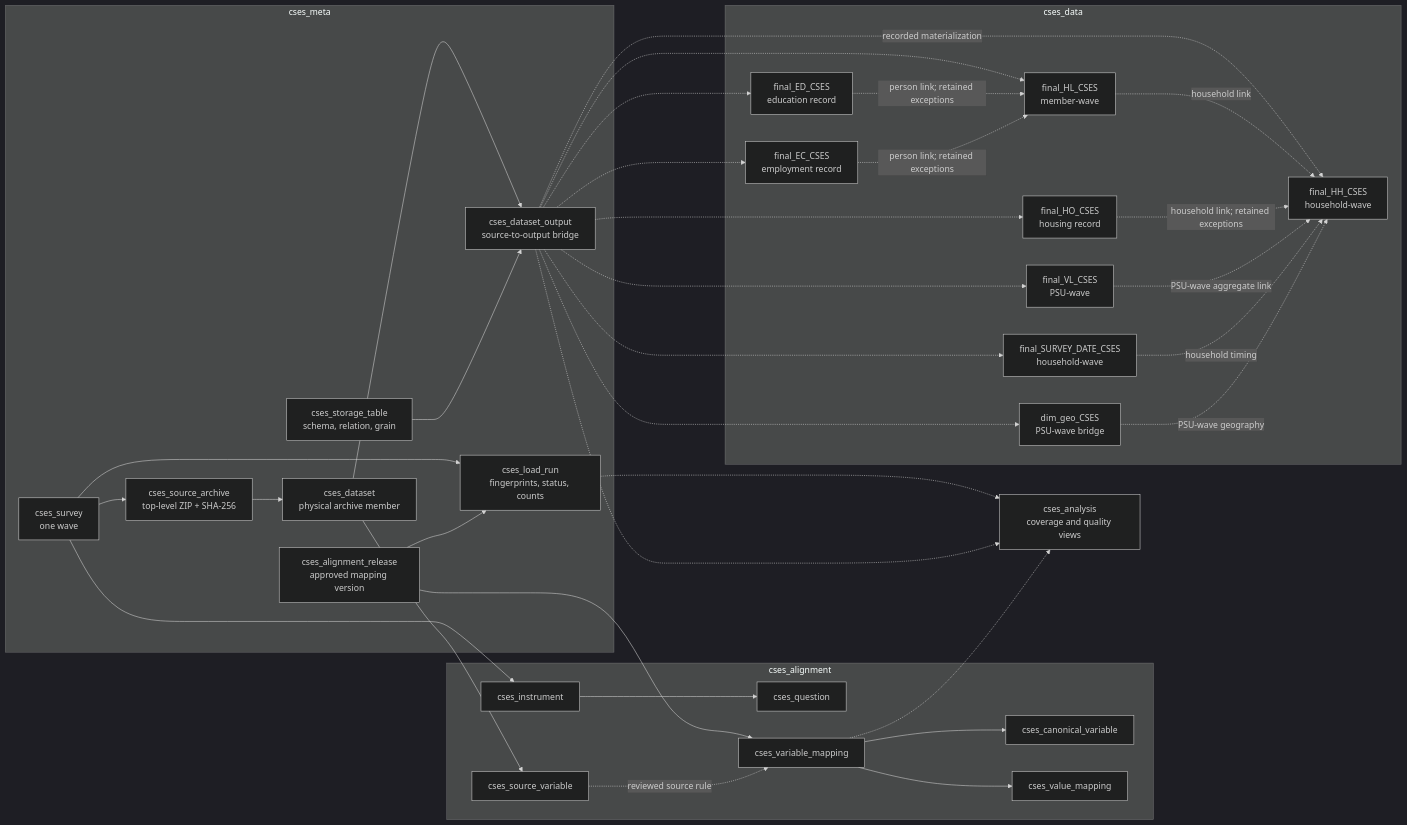
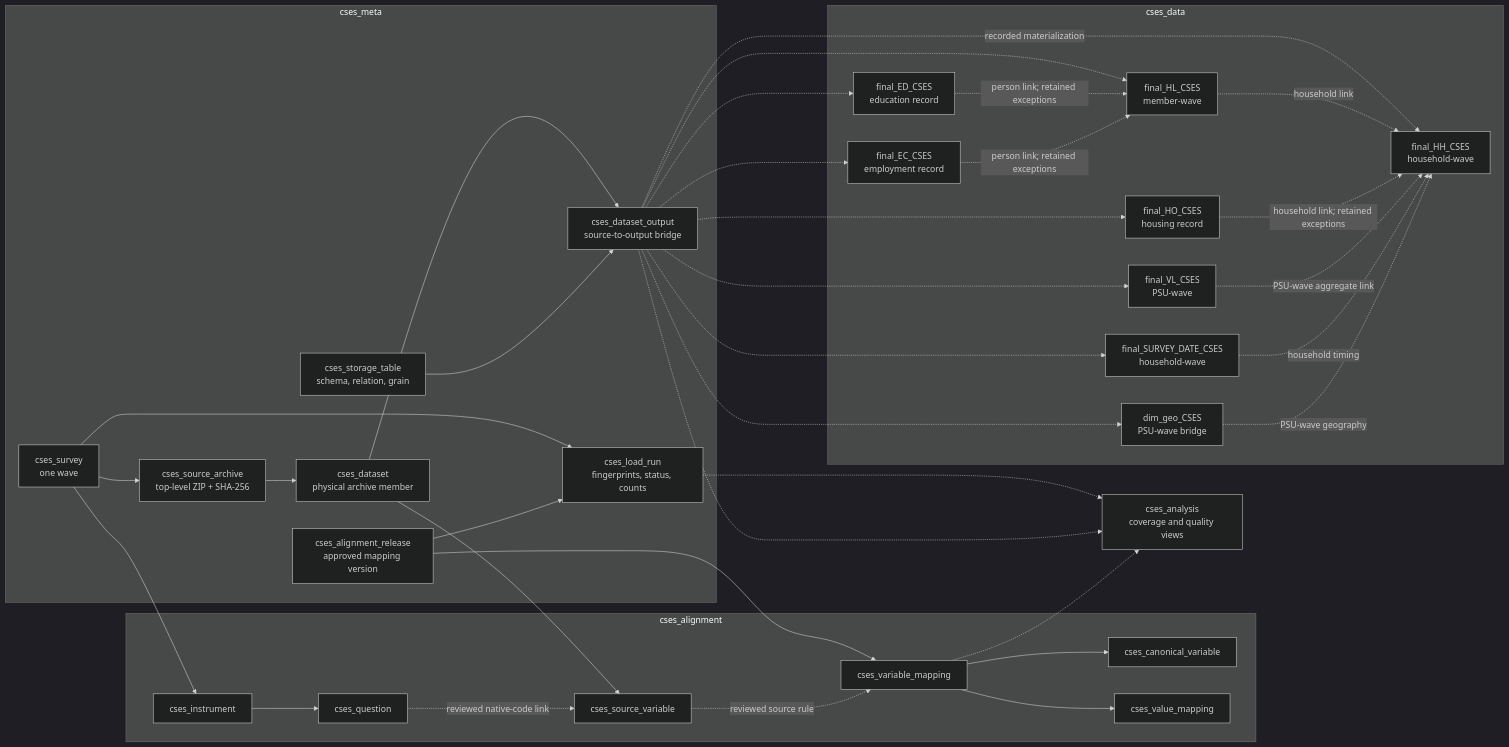
The second of 7 diagrams in docs/cses-topology.md (MichaelChaoLi-cpu/CSES_DataBase), drawn with Mermaid (dark theme) before and after one commit. The commit also changed 11 other files, not shown here.

````diff
--- a/docs/cses-topology.md
+++ b/docs/cses-topology.md
@@ -60,68 +60,69 @@
 ```mermaid
 flowchart LR
     subgraph management["cses_meta"]
         SURVEY["cses_survey<br/>one wave"]
         ARCHIVE["cses_source_archive<br/>top-level ZIP + SHA-256"]
         DATASET["cses_dataset<br/>physical archive member"]
         RELEASE["cses_alignment_release<br/>approved mapping version"]
         RUN["cses_load_run<br/>fingerprints, status, counts"]
         STORAGE["cses_storage_table<br/>schema, relation, grain"]
         OUTPUT["cses_dataset_output<br/>source-to-output bridge"]
     end
 
     subgraph evidence["cses_alignment"]
         INSTRUMENT["cses_instrument"]
         QUESTION["cses_question"]
         SOURCE["cses_source_variable"]
         CANONICAL["cses_canonical_variable"]
         MAPPING["cses_variable_mapping"]
         VALUE["cses_value_mapping"]
     end
 
     subgraph physical["cses_data"]
         HH["final_HH_CSES<br/>household-wave"]
         HL["final_HL_CSES<br/>member-wave"]
         ED["final_ED_CSES<br/>education record"]
         HO["final_HO_CSES<br/>housing record"]
         EC["final_EC_CSES<br/>employment record"]
         VL["final_VL_CSES<br/>PSU-wave"]
         DATE["final_SURVEY_DATE_CSES<br/>household-wave"]
         GEO["dim_geo_CSES<br/>PSU-wave bridge"]
     end
 
     AUDIT["cses_analysis<br/>coverage and quality views"]
 
     SURVEY --> ARCHIVE
     ARCHIVE --> DATASET
     SURVEY --> RUN
     RELEASE --> RUN
     SURVEY --> INSTRUMENT
     INSTRUMENT --> QUESTION
     DATASET --> SOURCE
+    QUESTION -.->|"reviewed native-code link"| SOURCE
     RELEASE --> MAPPING
     SOURCE -.->|"reviewed source rule"| MAPPING
     MAPPING --> CANONICAL
     MAPPING --> VALUE
     DATASET --> OUTPUT
     STORAGE --> OUTPUT
     OUTPUT -.->|"recorded materialization"| HH
     OUTPUT -.-> HL
     OUTPUT -.-> ED
     OUTPUT -.-> HO
     OUTPUT -.-> EC
     OUTPUT -.-> VL
     OUTPUT -.-> DATE
     OUTPUT -.-> GEO
 
     HL -.->|"household link"| HH
     ED -.->|"person link; retained exceptions"| HL
     EC -.->|"person link; retained exceptions"| HL
     HO -.->|"household link; retained exceptions"| HH
     VL -.->|"PSU-wave aggregate link"| HH
     DATE -.->|"household timing"| HH
     GEO -.->|"PSU-wave geography"| HH
 
     RUN -.-> AUDIT
     MAPPING -.-> AUDIT
     OUTPUT -.-> AUDIT
 ```
````
